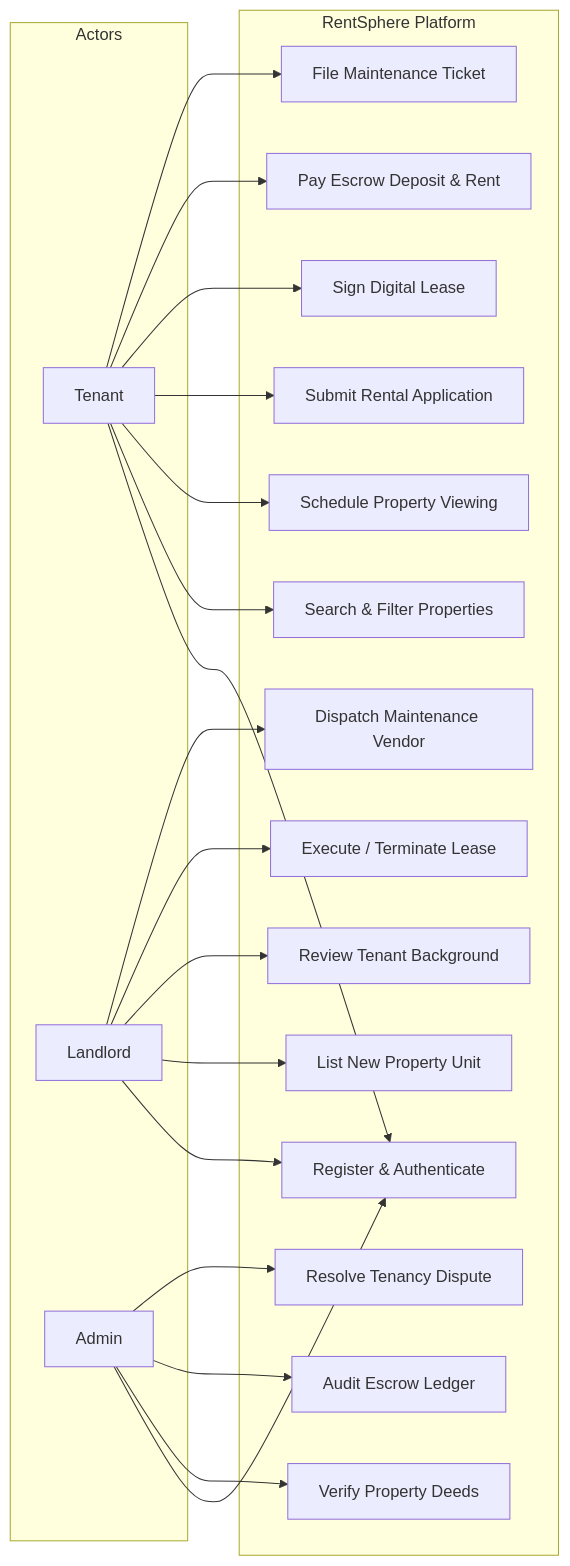
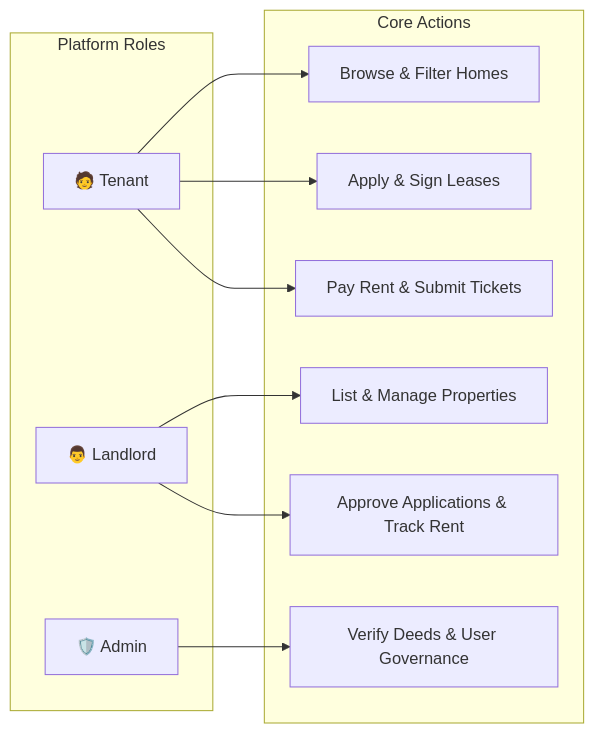
The first of 3 diagrams in Part I - Final Capstone Project Proposal and Prototyping/README.md (Azhar3302/Software-Engineering-and-Project-Management), drawn with Mermaid before and after one commit. The commit also changed other lines of this file, not shown here.

````diff
--- a/Part I - Final Capstone Project Proposal and Prototyping/README.md
+++ b/Part I - Final Capstone Project Proposal and Prototyping/README.md
@@ -392,46 +52,26 @@
 ```mermaid
 flowchart LR
-    subgraph Actors
-        T["Tenant"]
-        L["Landlord"]
-        A["Admin"]
+    subgraph Roles ["Platform Roles"]
+        Tenant["🧑 Tenant"]
+        Landlord["👨 Landlord"]
+        Admin["🛡️ Admin"]
     end
 
-    subgraph System_Boundary ["RentSphere Platform"]
-        UC1["Register & Authenticate"]
-        UC2["Search & Filter Properties"]
-        UC3["Schedule Property Viewing"]
-        UC4["Submit Rental Application"]
-        UC5["Sign Digital Lease"]
-        UC6["Pay Escrow Deposit & Rent"]
-        UC7["File Maintenance Ticket"]
-
-        UC8["List New Property Unit"]
-        UC9["Review Tenant Background"]
-        UC10["Execute / Terminate Lease"]
-        UC11["Dispatch Maintenance Vendor"]
-
-        UC12["Verify Property Deeds"]
-        UC13["Audit Escrow Ledger"]
-        UC14["Resolve Tenancy Dispute"]
+    subgraph Capabilities ["Core Actions"]
+        C1["Browse & Filter Homes"]
+        C2["Apply & Sign Leases"]
+        C3["Pay Rent & Submit Tickets"]
+        C4["List & Manage Properties"]
+        C5["Approve Applications & Track Rent"]
+        C6["Verify Deeds & User Governance"]
     end
 
-    T --> UC1
-    T --> UC2
-    T --> UC3
-    T --> UC4
-    T --> UC5
-    T --> UC6
-    T --> UC7
+    Tenant --> C1
+    Tenant --> C2
+    Tenant --> C3
 
-    L --> UC1
-    L --> UC8
-    L --> UC9
-    L --> UC10
-    L --> UC11
+    Landlord --> C4
+    Landlord --> C5
 
-    A --> UC1
-    A --> UC12
-    A --> UC13
-    A --> UC14
+    Admin --> C6
 ```
````
